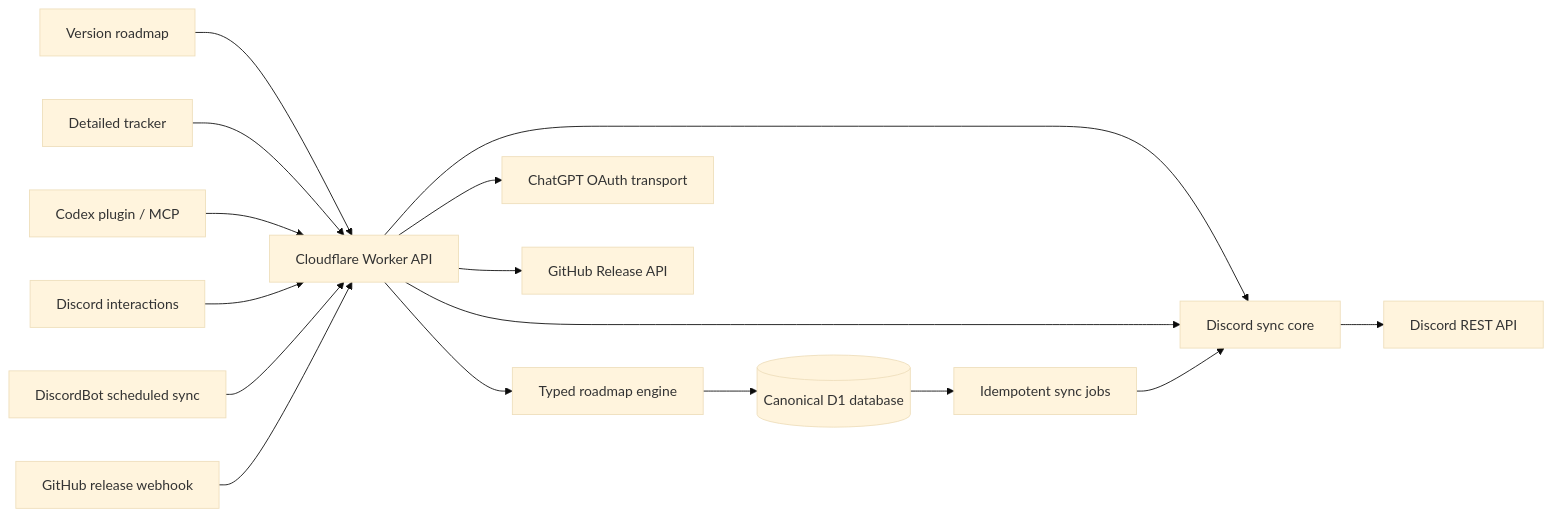
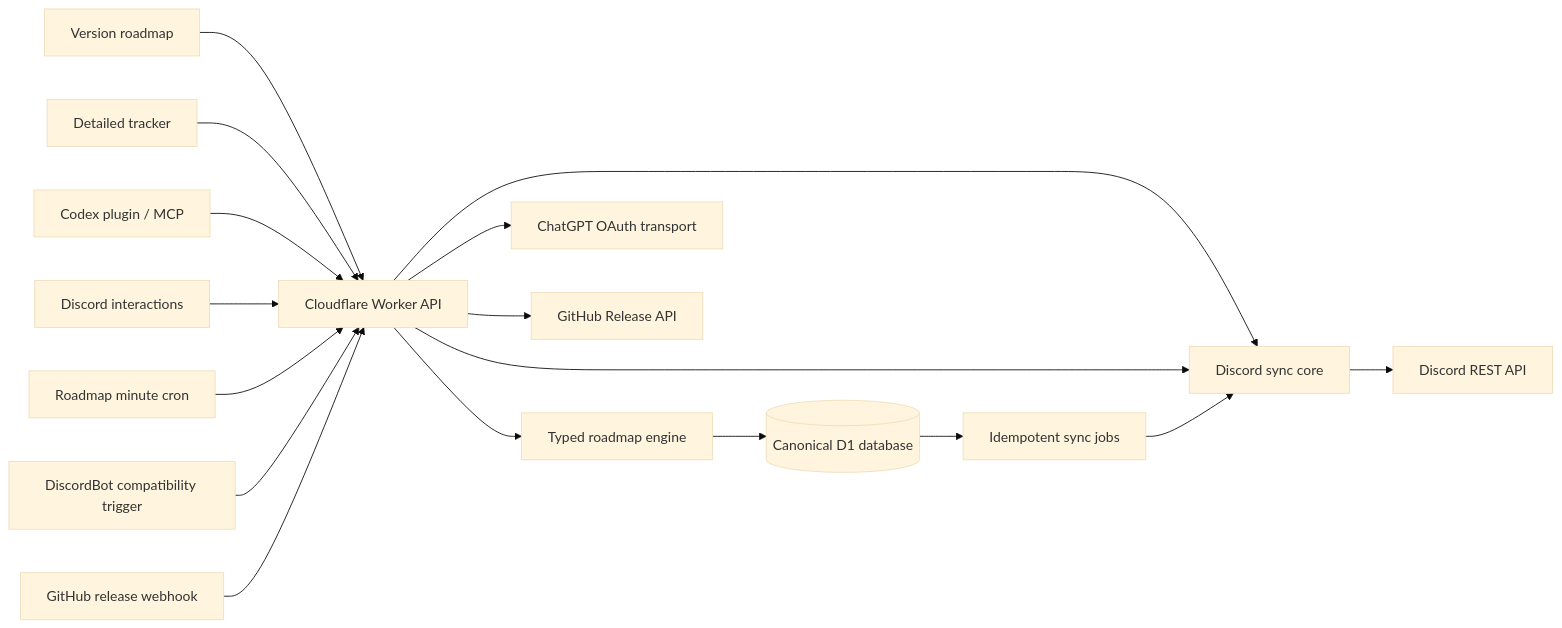
One commit to SakuraCordApp/Roadmap changed the diagram in README.md. Above: the diagram before and after it, drawn with Mermaid (base theme). The commit also changed other lines of this file and 9 other files, not shown here.

````diff
--- a/README.md
+++ b/README.md
@@ -44,18 +45,19 @@
 ```mermaid
 flowchart LR
   UI["Version roadmap"] --> API["Cloudflare Worker API"]
   TR["Detailed tracker"] --> API
   MCP["Codex plugin / MCP"] --> API
   DI["Discord interactions"] --> API
-  BOT["DiscordBot scheduled sync"] --> API
+  CRON["Roadmap minute cron"] --> API
+  BOT["DiscordBot compatibility trigger"] --> API
   API --> SYNC["Discord sync core"]
   API --> CORE["Typed roadmap engine"]
   API --> SYNC
   CORE --> D1[("Canonical D1 database")]
   D1 --> JOBS["Idempotent sync jobs"]
   JOBS --> SYNC
   SYNC --> DR["Discord REST API"]
   GH["GitHub release webhook"] --> API
   API --> AI["ChatGPT OAuth transport"]
   API --> GR["GitHub Release API"]
 ```
````
